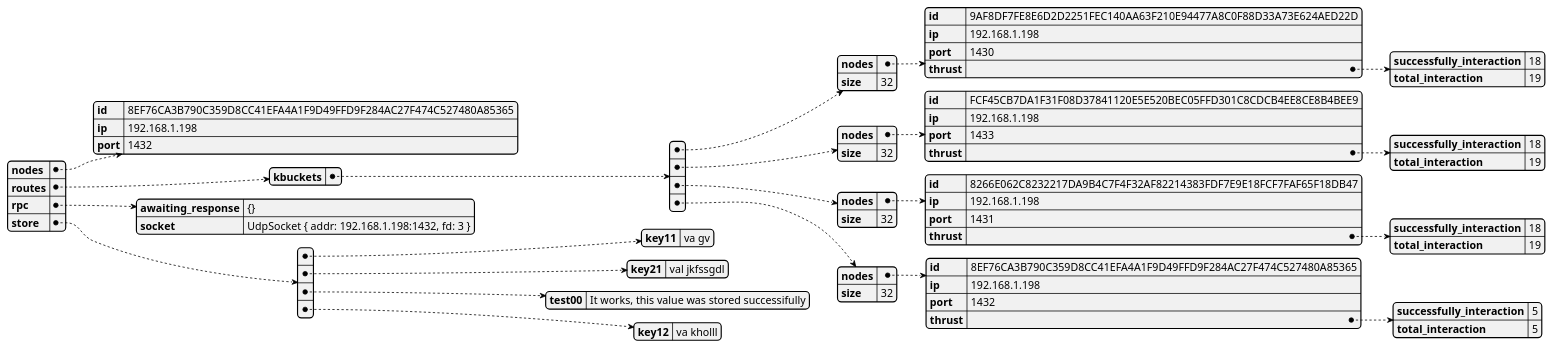
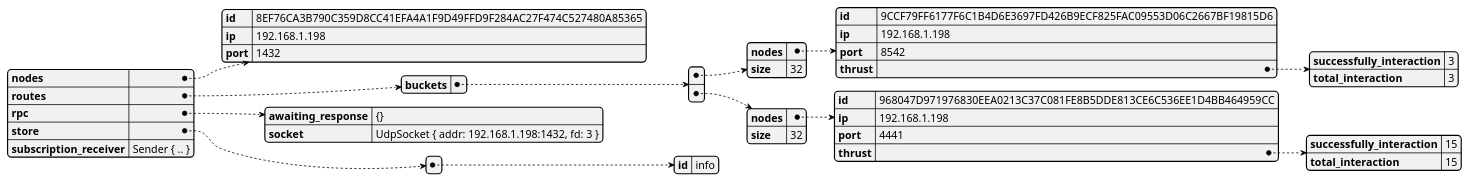
One commit to GoliathHagar/distributed_legder_kademlia changed the diagram in src/distributed_legder/state_dumps/self.json.plantuml. Above: the diagram before and after it, drawn with PlantUML. The commit also changed 10 other files, not shown here.

```diff
--- a/src/distributed_legder/state_dumps/self.json.plantuml
+++ b/src/distributed_legder/state_dumps/self.json.plantuml
@@ -1,3 +1,3 @@
 @startjson
-{"nodes":{"id":"8EF76CA3B790C359D8CC41EFA4A1F9D49FFD9F284AC27F474C527480A85365","ip":"192.168.1.198","port":1432},"routes":{"kbuckets":[{"nodes":{"id":"9AF8DF7FE8E6D2D2251FEC140AA63F210E94477A8C0F88D33A73E624AED22D","ip":"192.168.1.198","port":1430,"thrust":{"successfully_interaction":18,"total_interaction":19}},"size":32},{"nodes":{"id":"FCF45CB7DA1F31F08D37841120E5E520BEC05FFD301C8CDCB4EE8CE8B4BEE9","ip":"192.168.1.198","port":1433,"thrust":{"successfully_interaction":18,"total_interaction":19}},"size":32},{"nodes":{"id":"8266E062C8232217DA9B4C7F4F32AF82214383FDF7E9E18FCF7FAF65F18DB47","ip":"192.168.1.198","port":1431,"thrust":{"successfully_interaction":18,"total_interaction":19}},"size":32},{"nodes":{"id":"8EF76CA3B790C359D8CC41EFA4A1F9D49FFD9F284AC27F474C527480A85365","ip":"192.168.1.198","port":1432,"thrust":{"successfully_interaction":5,"total_interaction":5}},"size":32}]},"rpc":{"awaiting_response":"{}","socket":"UdpSocket { addr: 192.168.1.198:1432, fd: 3 }"},"store":[{"key11":"va gv"},{"key21":"val jkfssgdl"},{"test00":"It works, this value was stored successifully"},{"key12":"va kholll"}]}
+{"nodes":{"id":"8EF76CA3B790C359D8CC41EFA4A1F9D49FFD9F284AC27F474C527480A85365","ip":"192.168.1.198","port":1432},"routes":{"buckets":[{"nodes":{"id":"9CCF79FF6177F6C1B4D6E3697FD426B9ECF825FAC09553D06C2667BF19815D6","ip":"192.168.1.198","port":8542,"thrust":{"successfully_interaction":3,"total_interaction":3}},"size":32},{"nodes":{"id":"968047D971976830EEA0213C37C081FE8B5DDE813CE6C536EE1D4BB464959CC","ip":"192.168.1.198","port":4441,"thrust":{"successfully_interaction":15,"total_interaction":15}},"size":32}]},"rpc":{"awaiting_response":"{}","socket":"UdpSocket { addr: 192.168.1.198:1432, fd: 3 }"},"store":[{"id":"info"}],"subscription_receiver":"Sender { .. }"}
 @endjson
```
